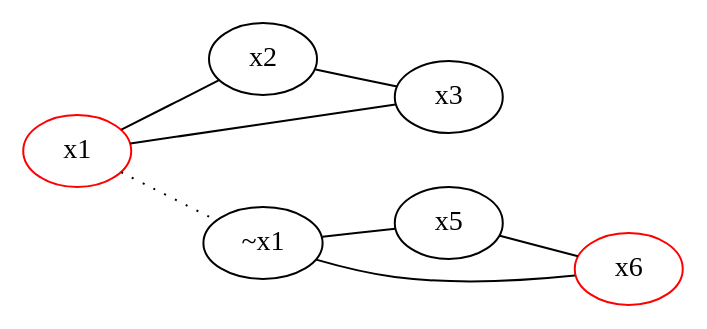
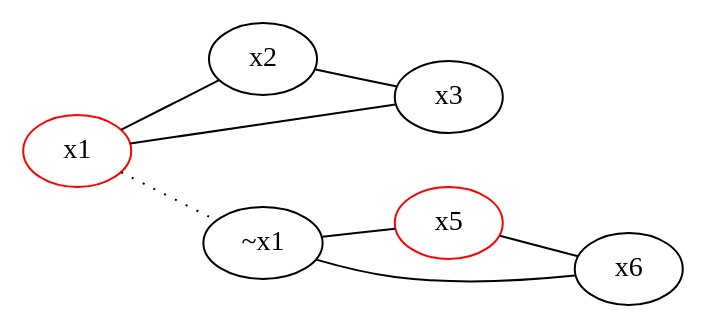
Before and after one commit to AndrewHarrisSPU/satset: the diagram in simple.dot, drawn with Graphviz. The commit also changed 1 other file, not shown here.

```diff
--- a/simple.dot
+++ b/simple.dot
@@ -1,16 +1,16 @@
 strict graph {
 	rankdir = LR;
 	node [ color = red    ] " x1"
 	node [ color = black    ] " x2"
 	node [ color = black    ] " x3"
 	" x1" -- " x2"
 	" x2" -- " x3"
 	" x3" -- " x1"
 	node [ color = black    ] "~x1"
-	node [ color = black    ] " x5"
-	node [ color = red    ] " x6"
+	node [ color = red    ] " x5"
+	node [ color = black    ] " x6"
 	"~x1" -- " x5"
 	" x5" -- " x6"
 	" x6" -- "~x1"
 	" x1" -- "~x1" [ style = dotted ]
 }
```
